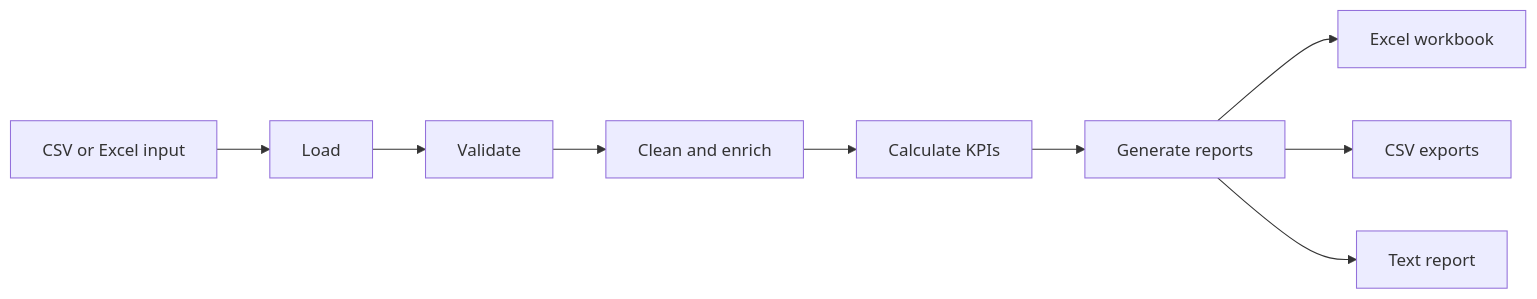
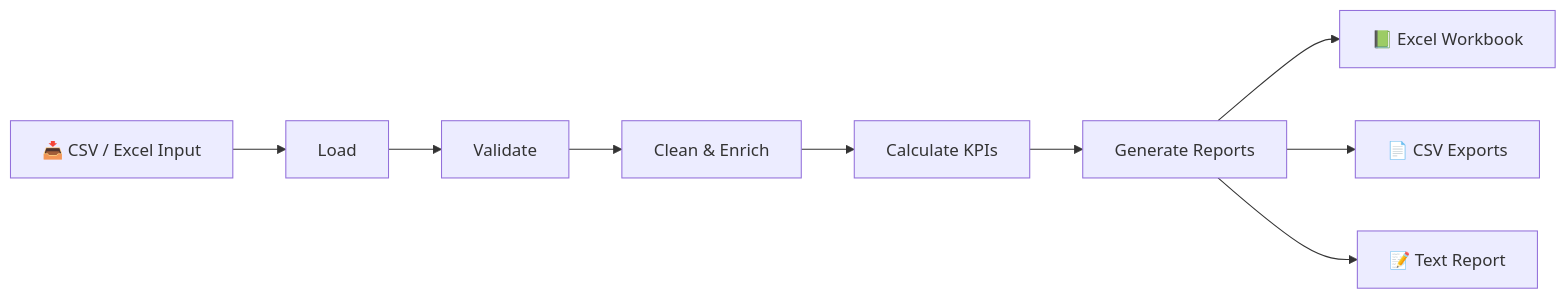
The diagram in ReportFlow/README.md (Hammad-Borz/Automation-Service-Projects), drawn with Mermaid before and after one commit. The commit also changed other lines of this file, not shown here.

Commit message:
Enhance ReportFlow README presentation

````diff
--- a/ReportFlow/README.md
+++ b/ReportFlow/README.md
@@ -30,11 +61,11 @@
 ```mermaid
 flowchart LR
-    A[CSV or Excel input] --> B[Load]
+    A[📥 CSV / Excel Input] --> B[Load]
     B --> C[Validate]
-    C --> D[Clean and enrich]
+    C --> D[Clean & Enrich]
     D --> E[Calculate KPIs]
-    E --> F[Generate reports]
-    F --> G[Excel workbook]
-    F --> H[CSV exports]
-    F --> I[Text report]
+    E --> F[Generate Reports]
+    F --> G[📗 Excel Workbook]
+    F --> H[📄 CSV Exports]
+    F --> I[📝 Text Report]
 ```
````
